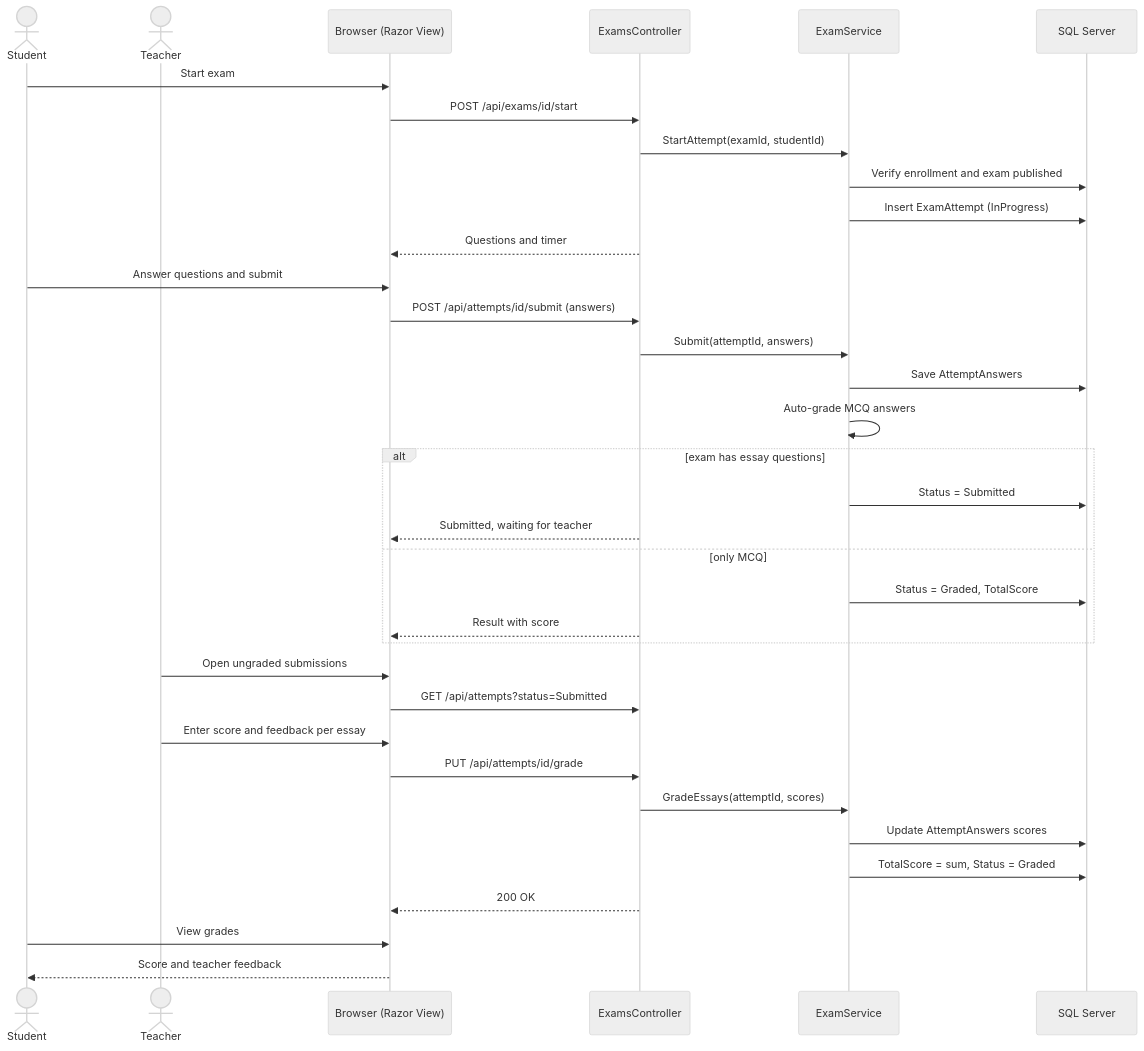
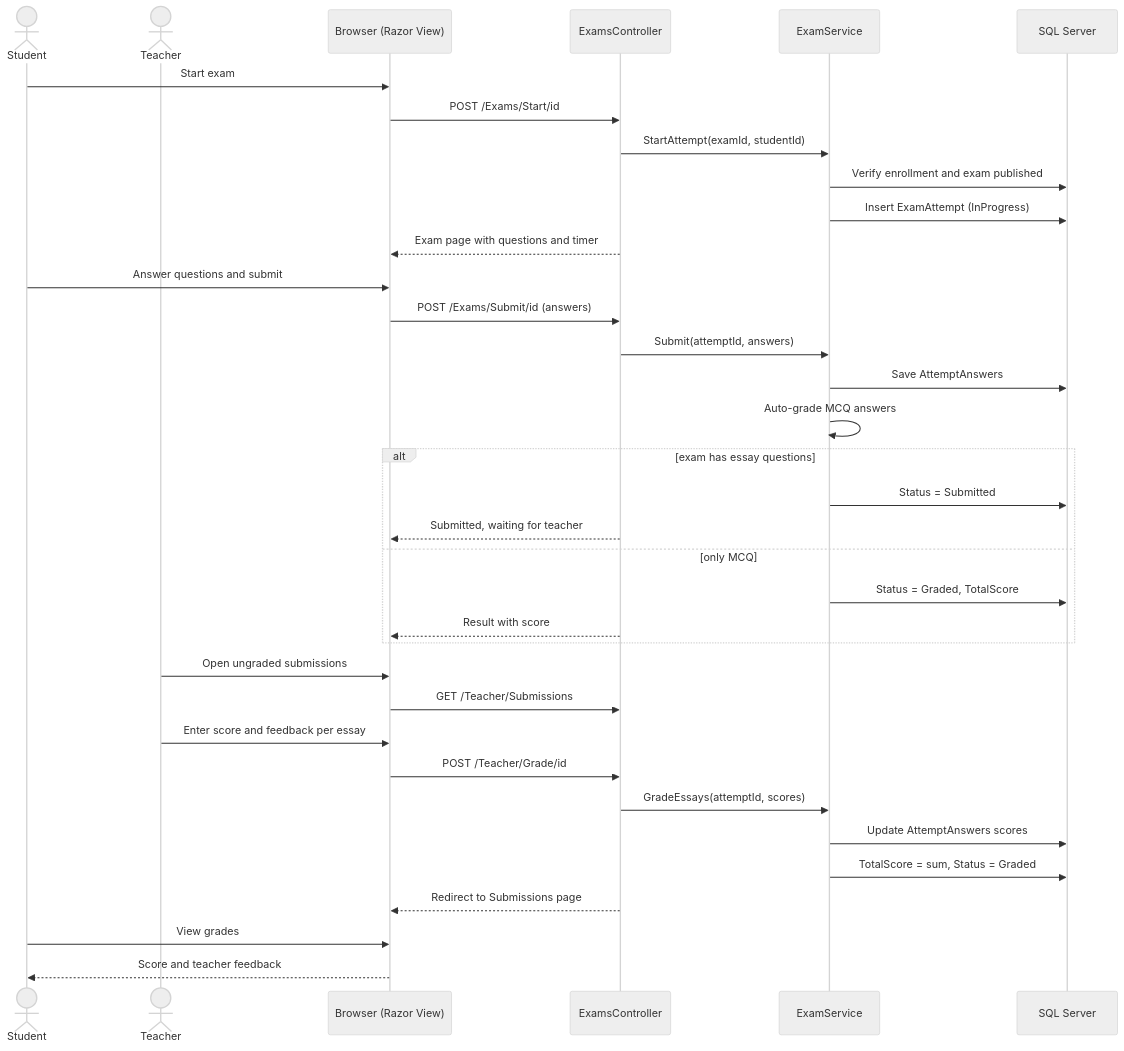
The third of 3 diagrams in docs/4-analysis-design/07-sequence-diagrams.md (MohamedHany1n/Educational-Platform), drawn with Mermaid (neutral theme) before and after one commit. The commit also changed other lines of this file and 28 other files, not shown here.

````diff
--- a/docs/4-analysis-design/07-sequence-diagrams.md
+++ b/docs/4-analysis-design/07-sequence-diagrams.md
@@ -69,39 +69,39 @@
 ```mermaid
 sequenceDiagram
     actor S as Student
     actor T as Teacher
     participant FE as Browser (Razor View)
     participant API as ExamsController
     participant SV as ExamService
     participant DB as SQL Server
 
     S->>FE: Start exam
-    FE->>API: POST /api/exams/id/start
+    FE->>API: POST /Exams/Start/id
     API->>SV: StartAttempt(examId, studentId)
     SV->>DB: Verify enrollment and exam published
     SV->>DB: Insert ExamAttempt (InProgress)
-    API-->>FE: Questions and timer
+    API-->>FE: Exam page with questions and timer
     S->>FE: Answer questions and submit
-    FE->>API: POST /api/attempts/id/submit (answers)
+    FE->>API: POST /Exams/Submit/id (answers)
     API->>SV: Submit(attemptId, answers)
     SV->>DB: Save AttemptAnswers
     SV->>SV: Auto-grade MCQ answers
     alt exam has essay questions
         SV->>DB: Status = Submitted
         API-->>FE: Submitted, waiting for teacher
     else only MCQ
         SV->>DB: Status = Graded, TotalScore
         API-->>FE: Result with score
     end
 
     T->>FE: Open ungraded submissions
-    FE->>API: GET /api/attempts?status=Submitted
+    FE->>API: GET /Teacher/Submissions
     T->>FE: Enter score and feedback per essay
-    FE->>API: PUT /api/attempts/id/grade
+    FE->>API: POST /Teacher/Grade/id
     API->>SV: GradeEssays(attemptId, scores)
     SV->>DB: Update AttemptAnswers scores
     SV->>DB: TotalScore = sum, Status = Graded
-    API-->>FE: 200 OK
+    API-->>FE: Redirect to Submissions page
     S->>FE: View grades
     FE-->>S: Score and teacher feedback
 ```
````
